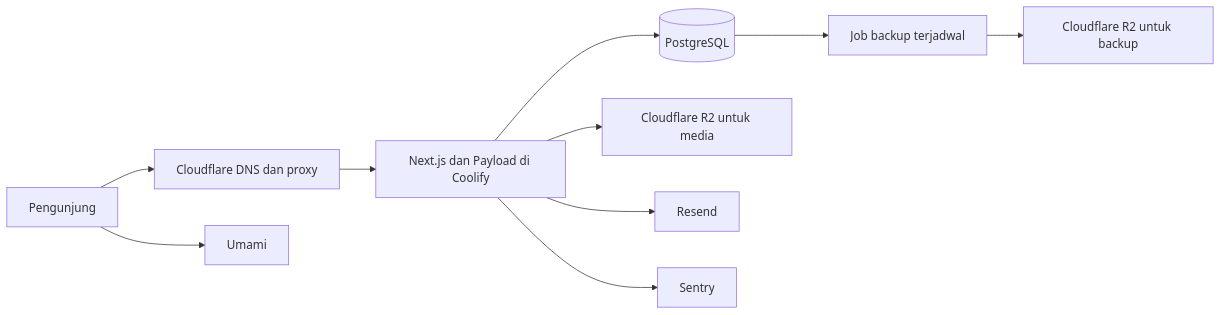
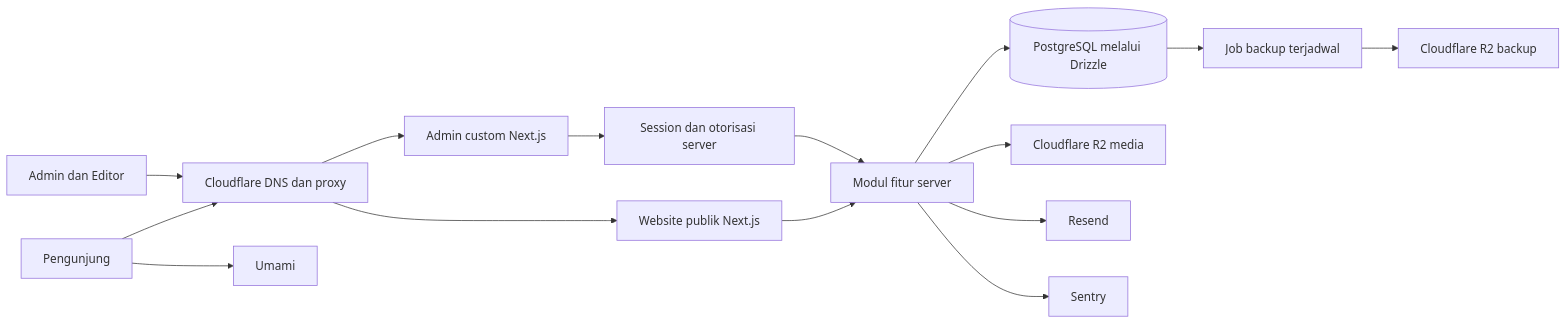
One commit to farhanfadillahr/sineva-compro changed the diagram in docs/architecture/README.md. Above: the diagram before and after it, drawn with Mermaid. The commit also changed other lines of this file and 8 other files, not shown here.

Commit message:
docs(cpr-7): replace headless CMS plan with custom Next.js admin

````diff
--- a/docs/architecture/README.md
+++ b/docs/architecture/README.md
@@ -16,12 +13,17 @@
 ```mermaid
 flowchart LR
   Visitor[Pengunjung] --> Cloudflare[Cloudflare DNS dan proxy]
-  Cloudflare --> App[Next.js dan Payload di Coolify]
-  App --> DB[(PostgreSQL)]
-  App --> Media[Cloudflare R2 untuk media]
+  Staff[Admin dan Editor] --> Cloudflare
+  Cloudflare --> Public[Website publik Next.js]
+  Cloudflare --> Admin[Admin custom Next.js]
+  Public --> Features[Modul fitur server]
+  Admin --> Session[Session dan otorisasi server]
+  Session --> Features
+  Features --> DB[(PostgreSQL melalui Drizzle)]
+  Features --> Media[Cloudflare R2 media]
+  Features --> Email[Resend]
+  Features --> Errors[Sentry]
   DB --> Backup[Job backup terjadwal]
-  Backup --> BackupStore[Cloudflare R2 untuk backup]
-  App --> Email[Resend]
-  App --> Errors[Sentry]
+  Backup --> BackupStore[Cloudflare R2 backup]
   Visitor --> Analytics[Umami]
 ```
````
